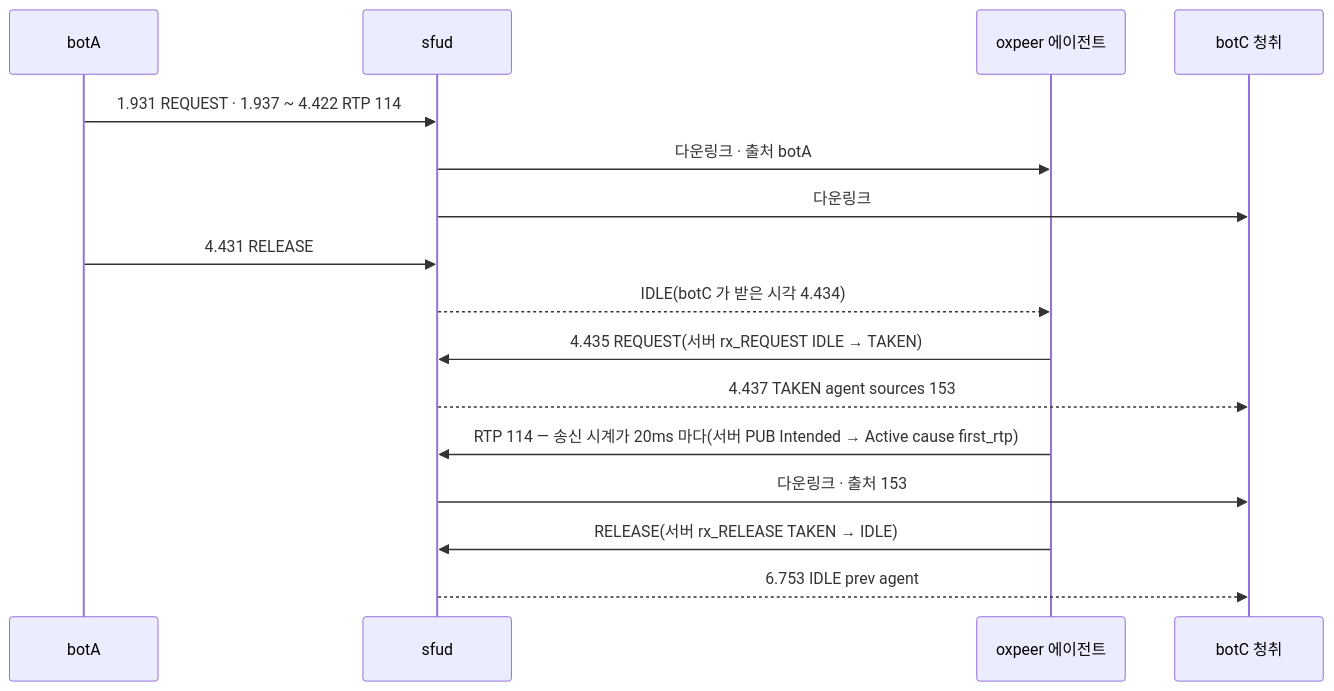
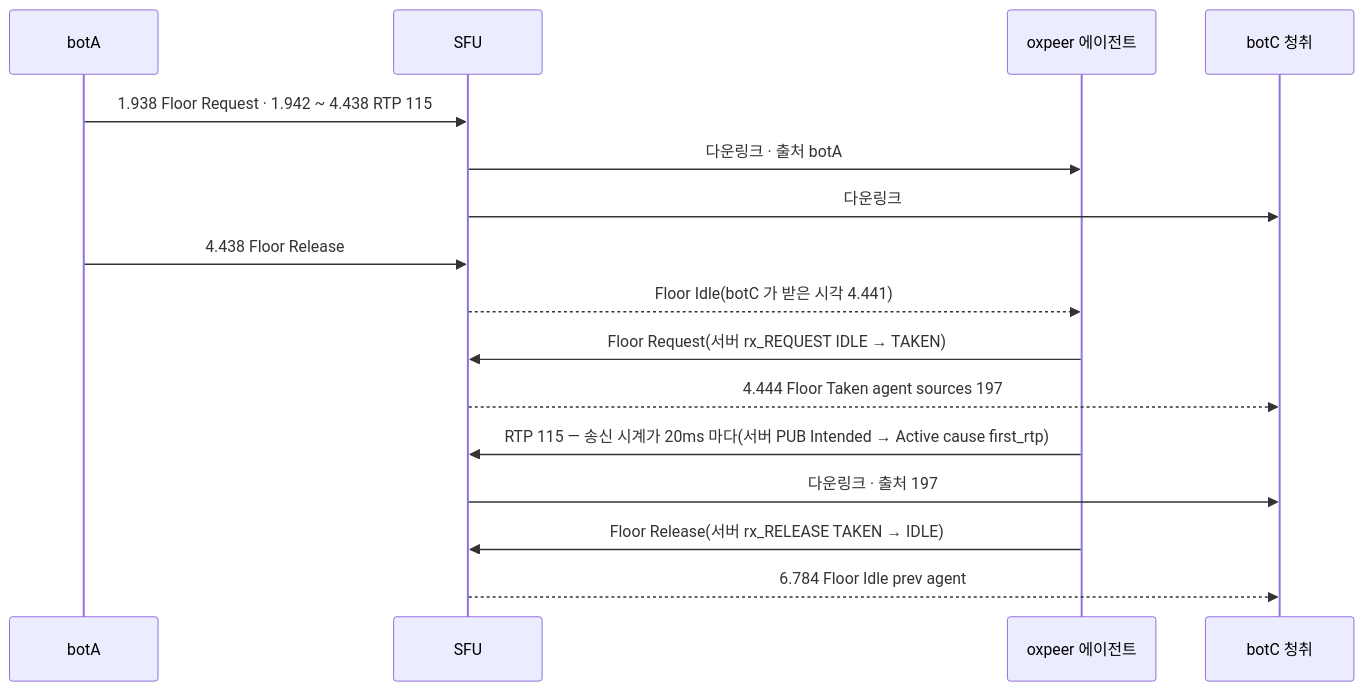
One commit to kodeholic9/oxlens-sfu changed the third of 4 diagrams in docs/learn/16_OXPEER.md. Above: the diagram before and after it, drawn with Mermaid. The commit also changed other lines of this file and 19 other files, not shown here.

````diff
--- a/docs/learn/16_OXPEER.md
+++ b/docs/learn/16_OXPEER.md
@@ -115,18 +120,18 @@
 ```mermaid
 sequenceDiagram
   participant A as botA
-  participant S as sfud
+  participant S as SFU
   participant G as oxpeer 에이전트
   participant C as botC 청취
-  A->>S: 1.931 REQUEST · 1.937 ~ 4.422 RTP 114
+  A->>S: 1.938 Floor Request · 1.942 ~ 4.438 RTP 115
   S->>G: 다운링크 · 출처 botA
   S->>C: 다운링크
-  A->>S: 4.431 RELEASE
-  S-->>G: IDLE(botC 가 받은 시각 4.434)
-  G->>S: 4.435 REQUEST(서버 rx_REQUEST IDLE → TAKEN)
-  S-->>C: 4.437 TAKEN agent sources 153
-  G->>S: RTP 114 — 송신 시계가 20ms 마다(서버 PUB Intended → Active cause first_rtp)
-  S->>C: 다운링크 · 출처 153
-  G->>S: RELEASE(서버 rx_RELEASE TAKEN → IDLE)
-  S-->>C: 6.753 IDLE prev agent
+  A->>S: 4.438 Floor Release
+  S-->>G: Floor Idle(botC 가 받은 시각 4.441)
+  G->>S: Floor Request(서버 rx_REQUEST IDLE → TAKEN)
+  S-->>C: 4.444 Floor Taken agent sources 197
+  G->>S: RTP 115 — 송신 시계가 20ms 마다(서버 PUB Intended → Active cause first_rtp)
+  S->>C: 다운링크 · 출처 197
+  G->>S: Floor Release(서버 rx_RELEASE TAKEN → IDLE)
+  S-->>C: 6.784 Floor Idle prev agent
 ```
````
